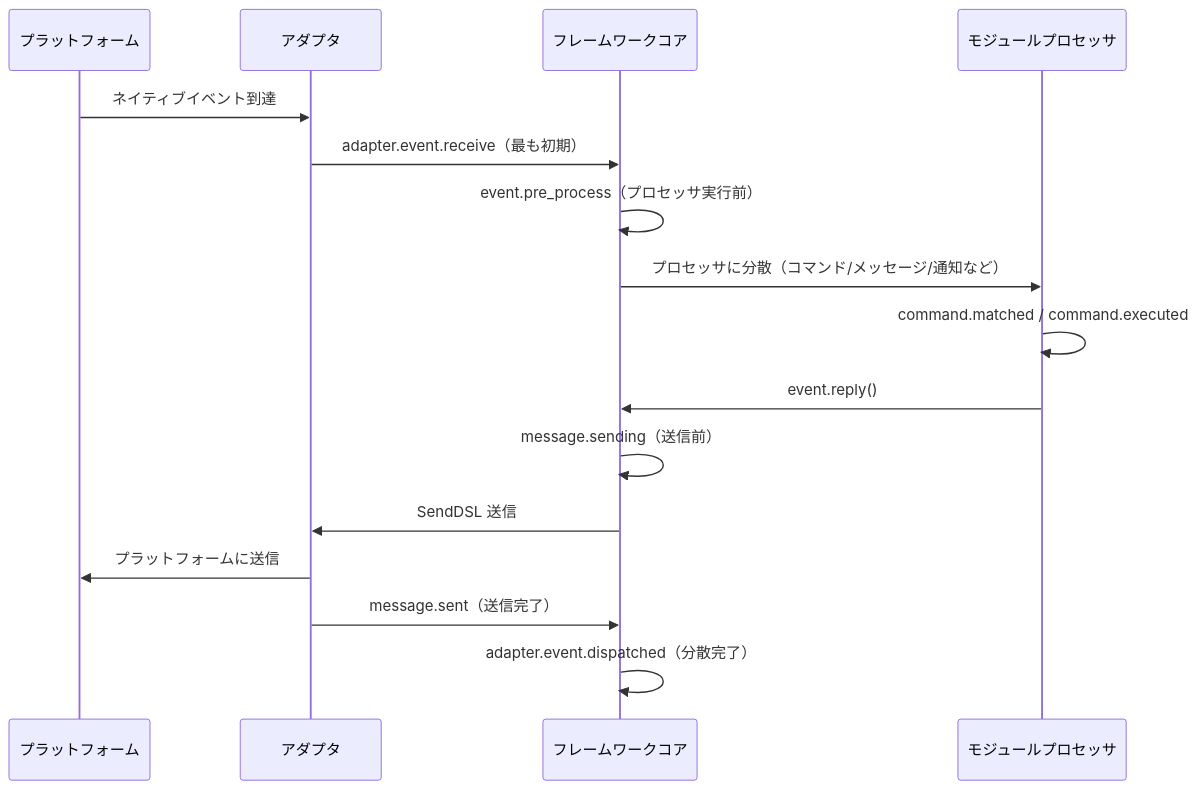
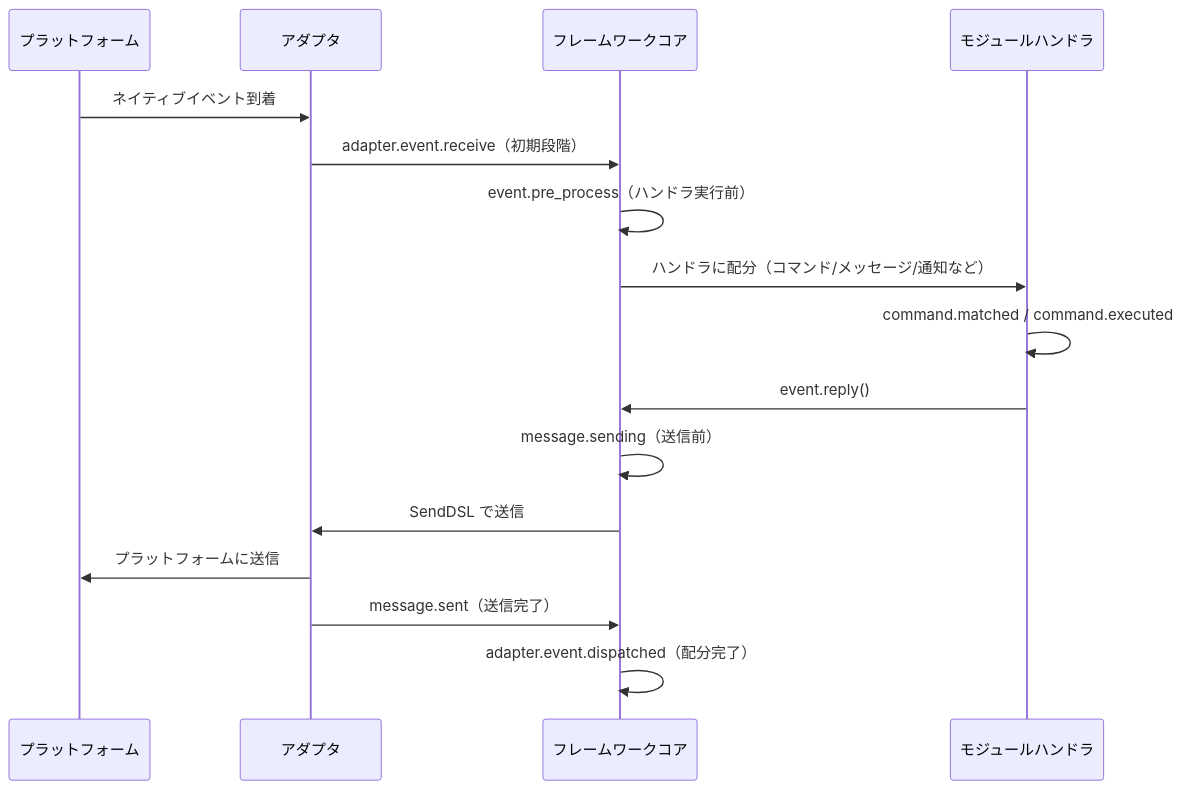
One commit to ErisPulse/ErisPulse changed the diagram in docs/ja/advanced/lifecycle.md. Above: the diagram before and after it, drawn with Mermaid. The commit also changed other lines of this file and 71 other files, not shown here.

````diff
--- a/docs/ja/advanced/lifecycle.md
+++ b/docs/ja/advanced/lifecycle.md
@@ -118,19 +117,19 @@
 ```mermaid
 sequenceDiagram
     participant P as プラットフォーム
     participant A as アダプタ
     participant F as フレームワークコア
-    participant M as モジュールプロセッサ
+    participant M as モジュールハンドラ
 
-    P->>A: ネイティブイベント到達
-    A->>F: adapter.event.receive（最も初期）
-    F->>F: event.pre_process（プロセッサ実行前）
-    F->>M: プロセッサに分散（コマンド/メッセージ/通知など）
+    P->>A: ネイティブイベント到着
+    A->>F: adapter.event.receive（初期段階）
+    F->>F: event.pre_process（ハンドラ実行前）
+    F->>M: ハンドラに配分（コマンド/メッセージ/通知など）
     M->>M: command.matched / command.executed
     M->>F: event.reply()
     F->>F: message.sending（送信前）
-    F->>A: SendDSL 送信
+    F->>A: SendDSL で送信
     A->>P: プラットフォームに送信
     A->>F: message.sent（送信完了）
-    F->>F: adapter.event.dispatched（分散完了）
+    F->>F: adapter.event.dispatched（配分完了）
 ```
````
